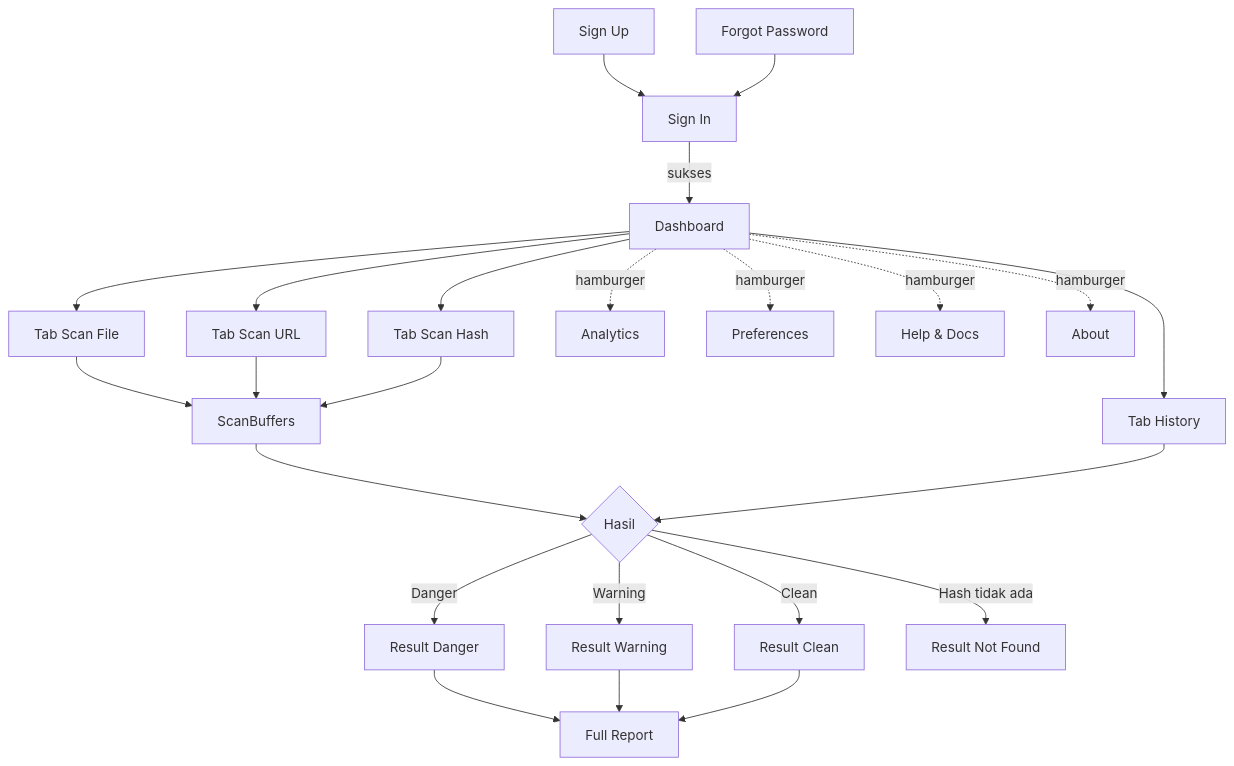
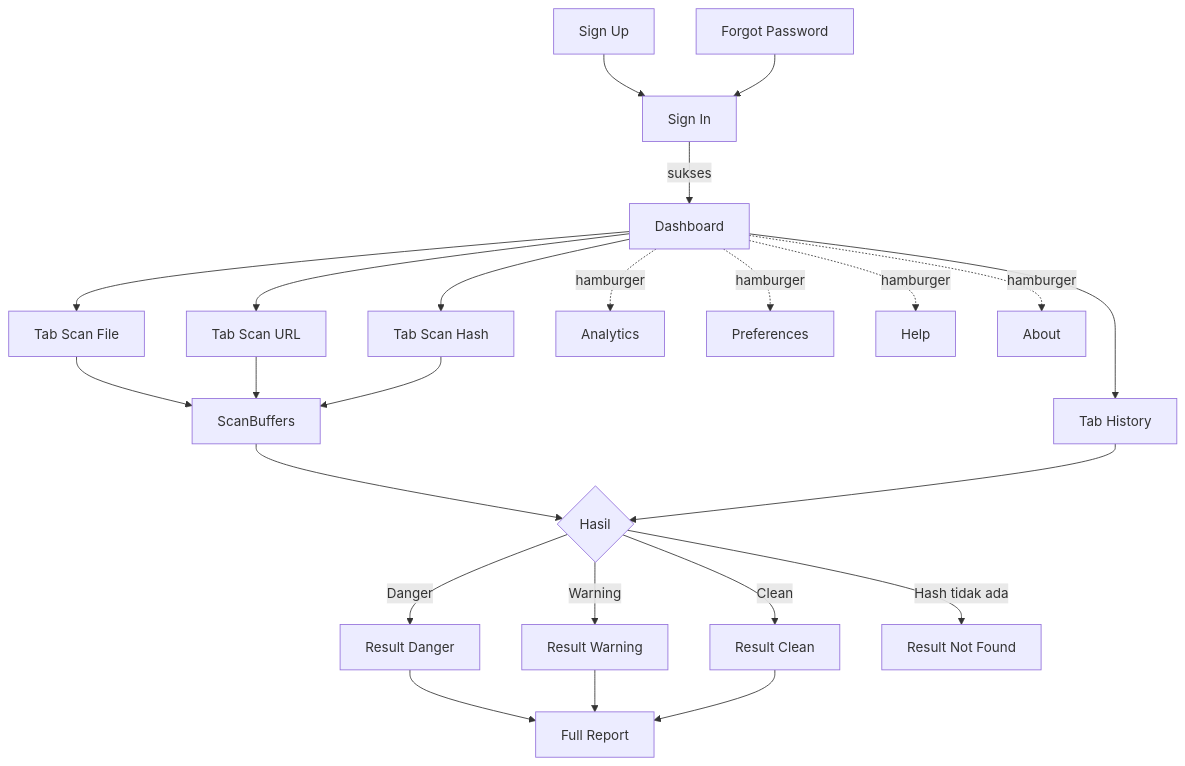
One commit to wieutamie/cyberclaw changed the diagram in PRDCyberClaw.md. Above: the diagram before and after it, drawn with Mermaid. The commit also changed other lines of this file and 4 other files, not shown here.

````diff
--- a/PRDCyberClaw.md
+++ b/PRDCyberClaw.md
@@ -141,22 +142,22 @@
 ```mermaid
 flowchart TD
   SI[Sign In] -->|sukses| D[Dashboard]
   SU[Sign Up] --> SI
   FP[Forgot Password] --> SI
   D --> TF[Tab Scan File]
   D --> TU[Tab Scan URL]
   D --> TH[Tab Scan Hash]
   D --> HI[Tab History]
   TF & TU & TH --> SB[ScanBuffers]
   SB --> R{Hasil}
   R -->|Danger| RD[Result Danger]
   R -->|Warning| RW[Result Warning]
   R -->|Clean| RC[Result Clean]
   R -->|Hash tidak ada| NF[Result Not Found]
   RD & RW & RC --> FR[Full Report]
   HI --> R
   D -.hamburger.-> AN[Analytics]
   D -.hamburger.-> PR[Preferences]
-  D -.hamburger.-> HP[Help & Docs]
+  D -.hamburger.-> HP[Help]
   D -.hamburger.-> AB[About]
 ```
````
